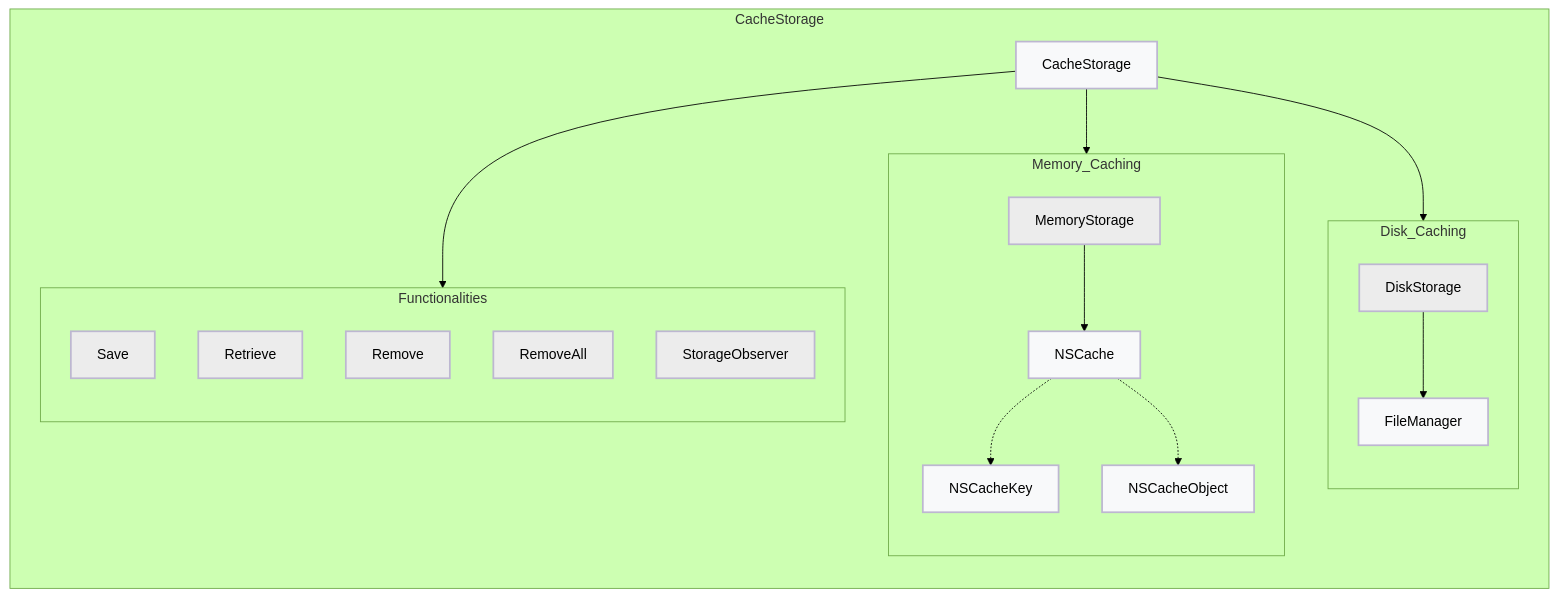
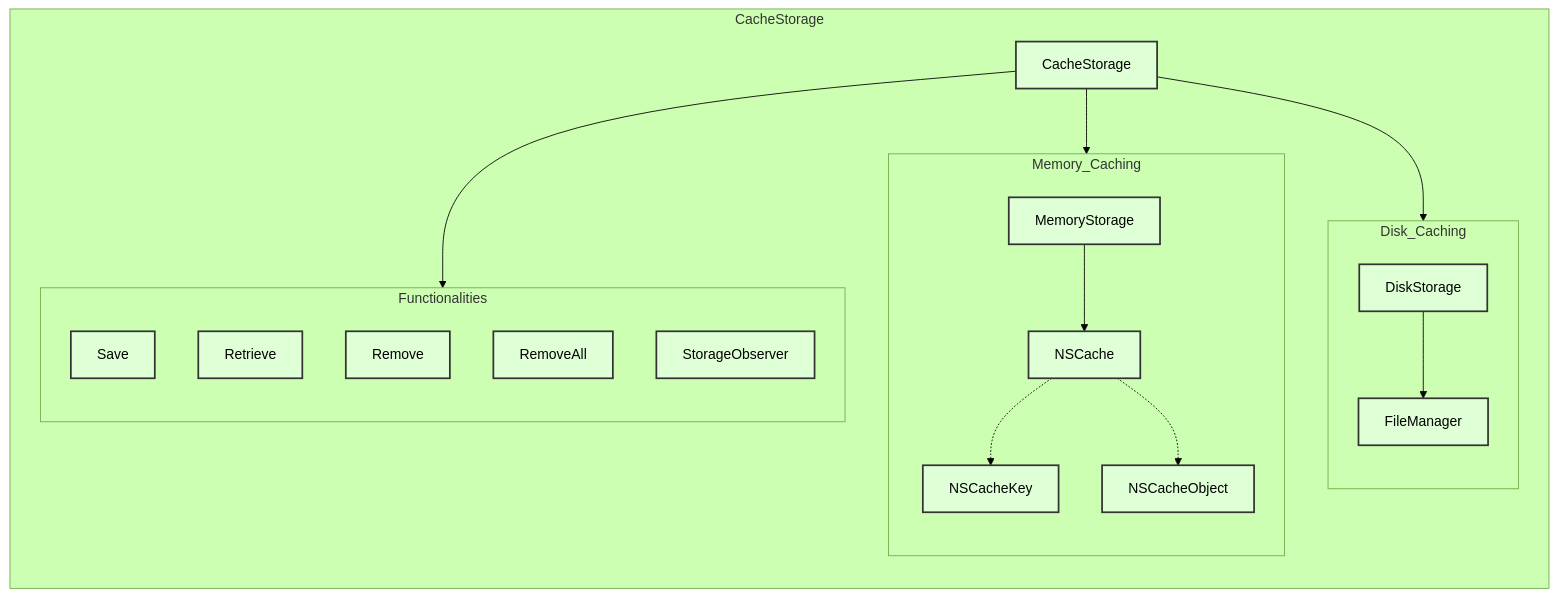
The diagram in README.md (leesoongin/CacheStorage), drawn with Mermaid (forest theme) before and after one commit.

````diff
--- a/README.md
+++ b/README.md
@@ -6,42 +6,41 @@
 ```mermaid
 flowchart TB
     %% CacheStorage Overview
     subgraph CacheStorage
         direction TB
         A[CacheStorage]:::main
         
         subgraph Memory_Caching
             direction TB
             B[MemoryStorage]:::sub
             B --> D[NSCache]:::main
             D -.-> F[NSCacheKey]:::main
             D -.-> G[NSCacheObject]:::main
         end
 
         subgraph Disk_Caching
             direction TB
             C[DiskStorage]:::sub
             C --> E[FileManager]:::main
         end
 
         subgraph Functionalities
             direction TB
             H[Save]:::sub
             I[Retrieve]:::sub
             J[Remove]:::sub
             K[RemoveAll]:::sub
             L[StorageObserver]:::sub
         end
     end
 
     %% Connections
     A --> Memory_Caching
     A --> Disk_Caching
     A --> Functionalities
 
     %% Styles
-    classDef main fill:#F8F9FA,stroke:#BDB7D1,stroke-width:2px,color:black;  %% Ensure black text
-    classDef sub fill:#ECECEC,stroke:#BDB7D1,stroke-width:2px,color:black;  %% Ensure black text
-
+    classDef main fill:#DFFFD6,stroke:#333,stroke-width:2,color:#000;
+    classDef sub fill:#DFFFD6,stroke:#333,stroke-width:2,color:#000;
 
 ```
````
